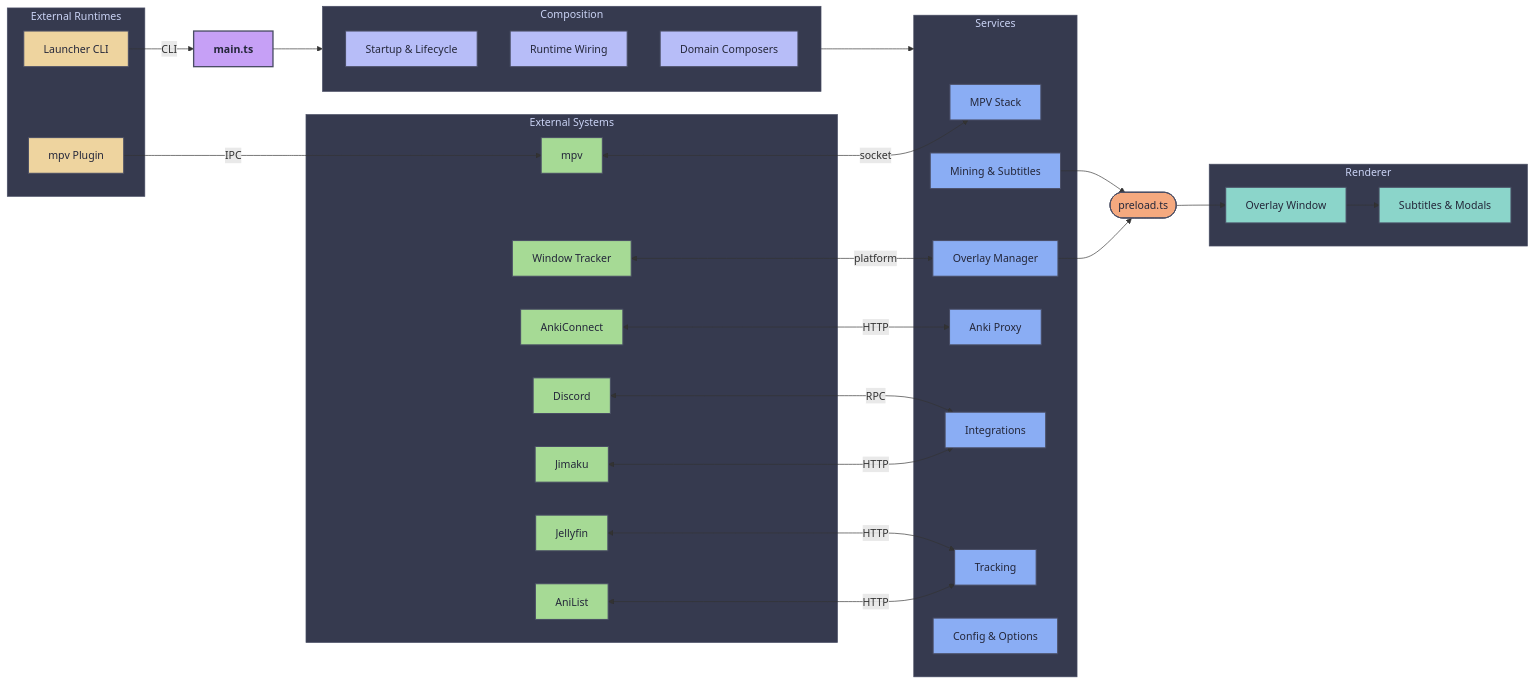
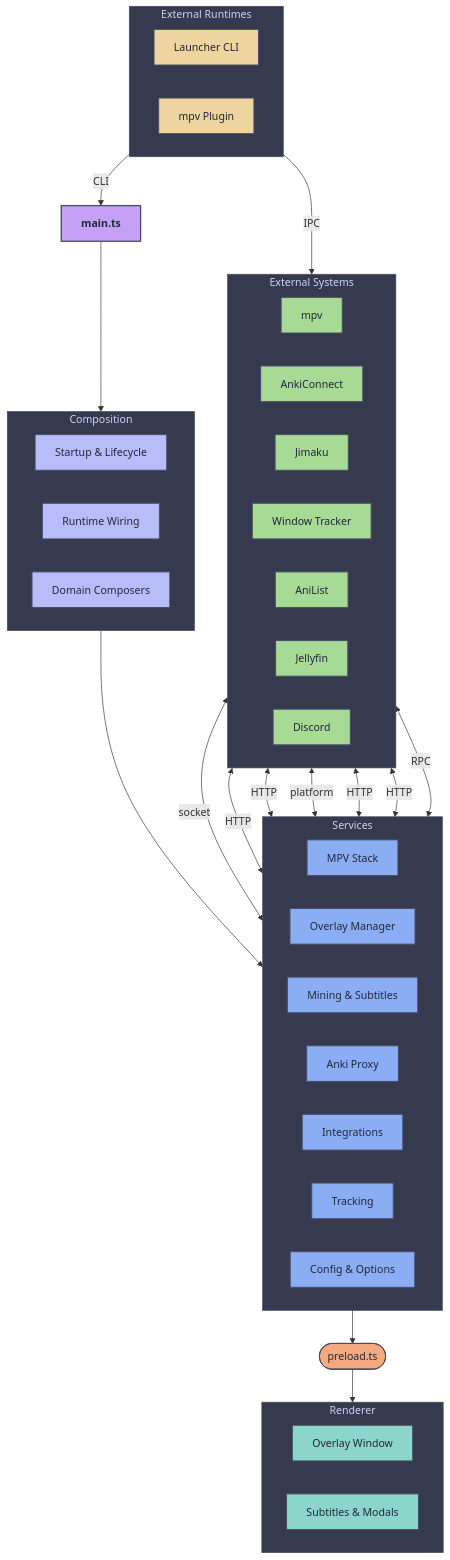
The first of 3 diagrams in docs-site/architecture.md (ksyasuda/SubMiner), drawn with Mermaid before and after one commit. The commit also changed other lines of this file and 20 other files, not shown here.

````diff
--- a/docs-site/architecture.md
+++ b/docs-site/architecture.md
@@ -136,74 +137,78 @@
 ```mermaid
-flowchart LR
+flowchart TB
   classDef entry fill:#c6a0f6,stroke:#494d64,color:#24273a,stroke-width:2px,font-weight:bold
   classDef comp fill:#b7bdf8,stroke:#494d64,color:#24273a,stroke-width:1.5px
   classDef svc fill:#8aadf4,stroke:#494d64,color:#24273a,stroke-width:1.5px
   classDef bridge fill:#f5a97f,stroke:#494d64,color:#24273a,stroke-width:1.5px
   classDef rend fill:#8bd5ca,stroke:#494d64,color:#24273a,stroke-width:1.5px
   classDef ext fill:#a6da95,stroke:#494d64,color:#24273a,stroke-width:1.5px
   classDef extrt fill:#eed49f,stroke:#494d64,color:#24273a,stroke-width:1.5px
 
   subgraph ExtRt["External Runtimes"]
+    direction LR
     Launcher["Launcher CLI"]:::extrt
     Plugin["mpv Plugin"]:::extrt
-  end
-
-  subgraph Ext["External Systems"]
-    mpvExt["mpv"]:::ext
-    AnkiExt["AnkiConnect"]:::ext
-    JimakuExt["Jimaku"]:::ext
-    TrackerExt["Window Tracker"]:::ext
-    AnilistExt["AniList"]:::ext
-    JellyfinExt["Jellyfin"]:::ext
-    DiscordExt["Discord"]:::ext
   end
 
   Main["main.ts"]:::entry
 
   subgraph Comp["Composition"]
+    direction LR
     Startup["Startup & Lifecycle"]:::comp
     Wiring["Runtime Wiring"]:::comp
     Composers["Domain Composers"]:::comp
   end
 
   subgraph Svc["Services"]
+    direction LR
     Mpv["MPV Stack"]:::svc
     OverlaySvc["Overlay Manager"]:::svc
     Mining["Mining & Subtitles"]:::svc
     AnkiProxy["Anki Proxy"]:::svc
     Integrations["Integrations"]:::svc
     Tracking["Tracking"]:::svc
     Config["Config & Options"]:::svc
   end
 
   Bridge(["preload.ts"]):::bridge
 
   subgraph Rend["Renderer"]
+    direction LR
     OverlayWin["Overlay Window"]:::rend
     UI["Subtitles & Modals"]:::rend
+  end
+
+  subgraph Ext["External Systems"]
+    direction LR
+    mpvExt["mpv"]:::ext
+    AnkiExt["AnkiConnect"]:::ext
+    JimakuExt["Jimaku"]:::ext
+    TrackerExt["Window Tracker"]:::ext
+    AnilistExt["AniList"]:::ext
+    JellyfinExt["Jellyfin"]:::ext
+    DiscordExt["Discord"]:::ext
   end
 
   Launcher -->|"CLI"| Main
   Plugin -->|"IPC"| mpvExt
 
   Main --> Comp
   Comp --> Svc
+
+  Svc --> Bridge
+  Bridge --> Rend
 
   mpvExt <-->|"socket"| Mpv
   AnkiExt <-->|"HTTP"| AnkiProxy
   JimakuExt <-->|"HTTP"| Integrations
   TrackerExt <-->|"platform"| OverlaySvc
   AnilistExt <-->|"HTTP"| Tracking
   JellyfinExt <-->|"HTTP"| Tracking
   DiscordExt <-->|"RPC"| Integrations
 
-  OverlaySvc & Mining --> Bridge
-  Bridge --> OverlayWin
-  OverlayWin --> UI
-
   style Comp fill:#363a4f,stroke:#494d64,color:#cad3f5
   style Svc fill:#363a4f,stroke:#494d64,color:#cad3f5
   style Rend fill:#363a4f,stroke:#494d64,color:#cad3f5
   style Ext fill:#363a4f,stroke:#494d64,color:#cad3f5
   style ExtRt fill:#363a4f,stroke:#494d64,color:#cad3f5
 ```
````
